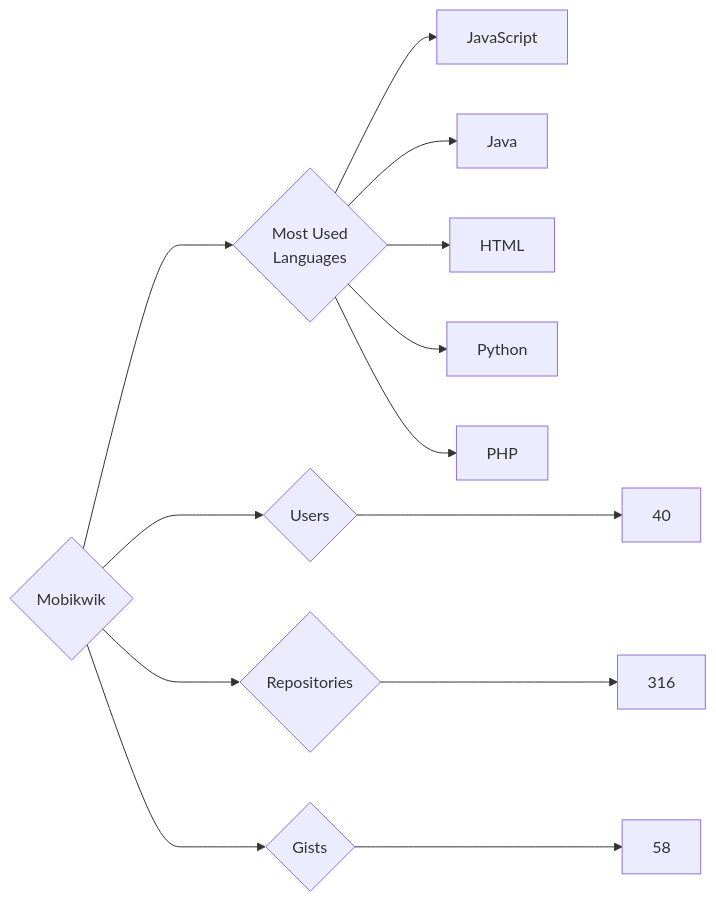
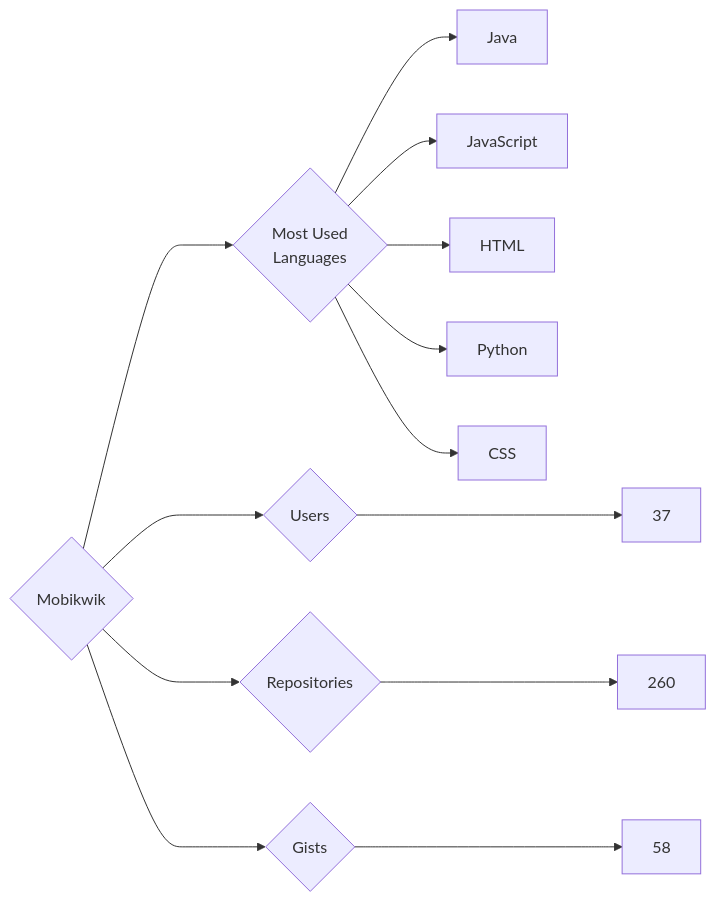
One commit to trickest/insiders changed the diagram in targets/Mobikwik/README.md. Above: the diagram before and after it, drawn with Mermaid. The commit also changed 823 other files, not shown here.

````diff
--- a/targets/Mobikwik/README.md
+++ b/targets/Mobikwik/README.md
@@ -3,13 +3,13 @@
 ```mermaid
 graph LR
 COMPANY_NAME{Mobikwik}
-COMPANY_NAME ---> U{Users} ---> UN[40]
-COMPANY_NAME ---> R{Repositories} ---> RN[316]
+COMPANY_NAME ---> U{Users} ---> UN[37]
+COMPANY_NAME ---> R{Repositories} ---> RN[260]
 COMPANY_NAME ---> G{Gists} ---> GN[58]
 COMPANY_NAME ---> ML{Most Used<br>Languages}
+ML --> Java[Java]
 ML --> JavaScript[JavaScript]
-ML --> Java[Java]
 ML --> HTML[HTML]
 ML --> Python[Python]
-ML --> PHP[PHP]
+ML --> CSS[CSS]
 ```
````
